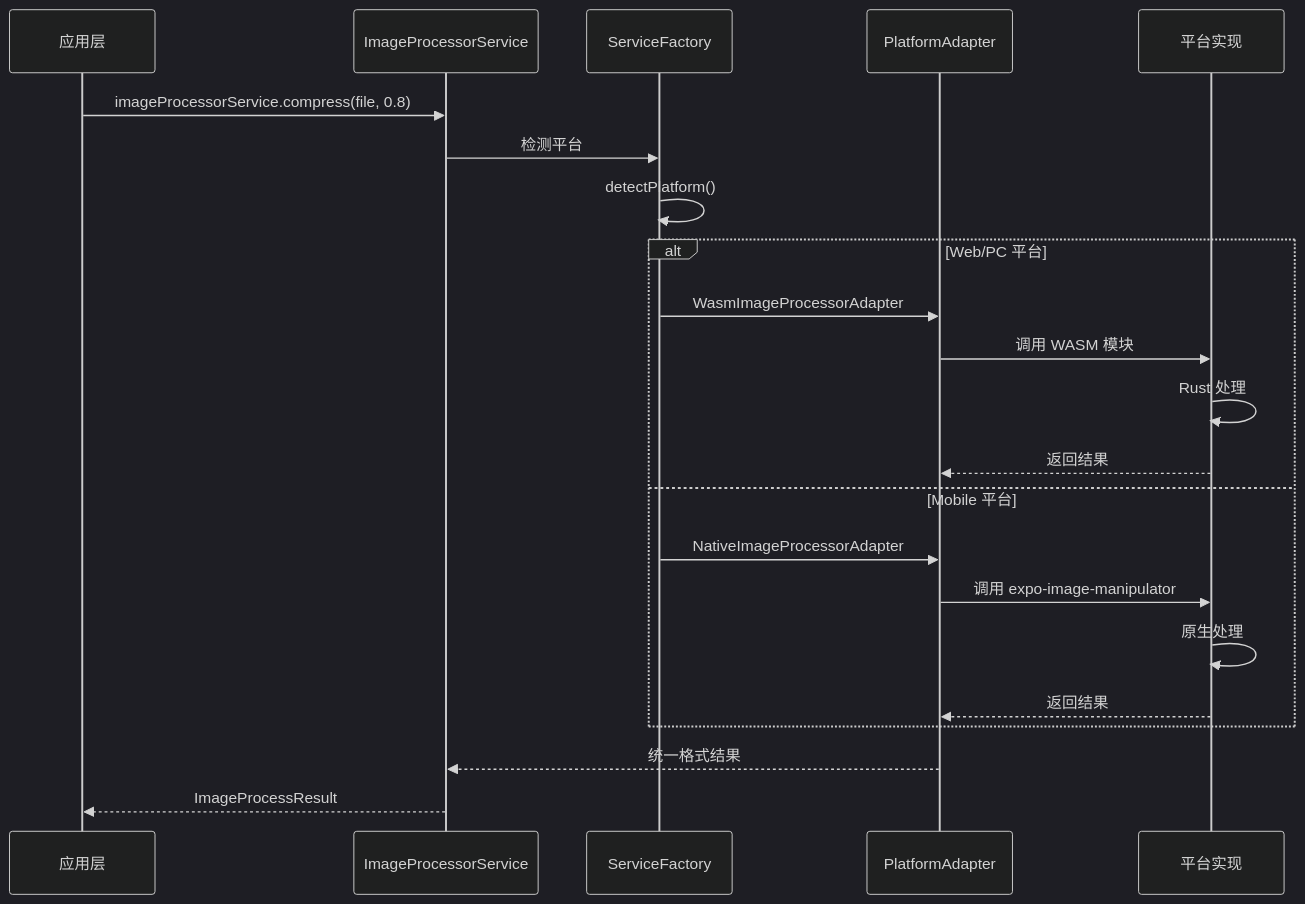
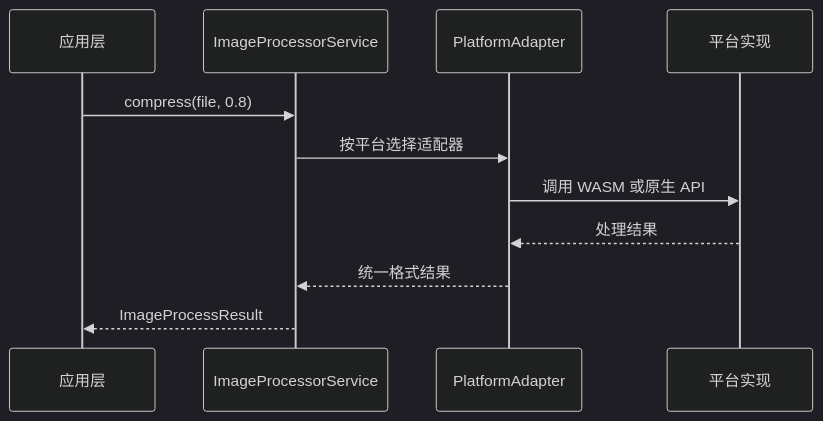
Before and after one commit to trueLoving/Pixuli: the second of 2 diagrams in .github/02-design/02-cross-image-process.md, drawn with Mermaid (dark theme). The commit also changed other lines of this file and 6 other files, not shown here.

````diff
--- a/.github/02-design/02-cross-image-process.md
+++ b/.github/02-design/02-cross-image-process.md
@@ -175,27 +108,14 @@
 ```mermaid
 sequenceDiagram
     participant App as 应用层
     participant Service as ImageProcessorService
-    participant Factory as ServiceFactory
     participant Adapter as PlatformAdapter
     participant Impl as 平台实现
 
-    App->>Service: imageProcessorService.compress(file, 0.8)
-    Service->>Factory: 检测平台
-    Factory->>Factory: detectPlatform()
-
-    alt Web/PC 平台
-        Factory->>Adapter: WasmImageProcessorAdapter
-        Adapter->>Impl: 调用 WASM 模块
-        Impl->>Impl: Rust 处理
-        Impl-->>Adapter: 返回结果
-    else Mobile 平台
-        Factory->>Adapter: NativeImageProcessorAdapter
-        Adapter->>Impl: 调用 expo-image-manipulator
-        Impl->>Impl: 原生处理
-        Impl-->>Adapter: 返回结果
-    end
-
+    App->>Service: compress(file, 0.8)
+    Service->>Adapter: 按平台选择适配器
+    Adapter->>Impl: 调用 WASM 或原生 API
+    Impl-->>Adapter: 处理结果
     Adapter-->>Service: 统一格式结果
     Service-->>App: ImageProcessResult
 ```
````
